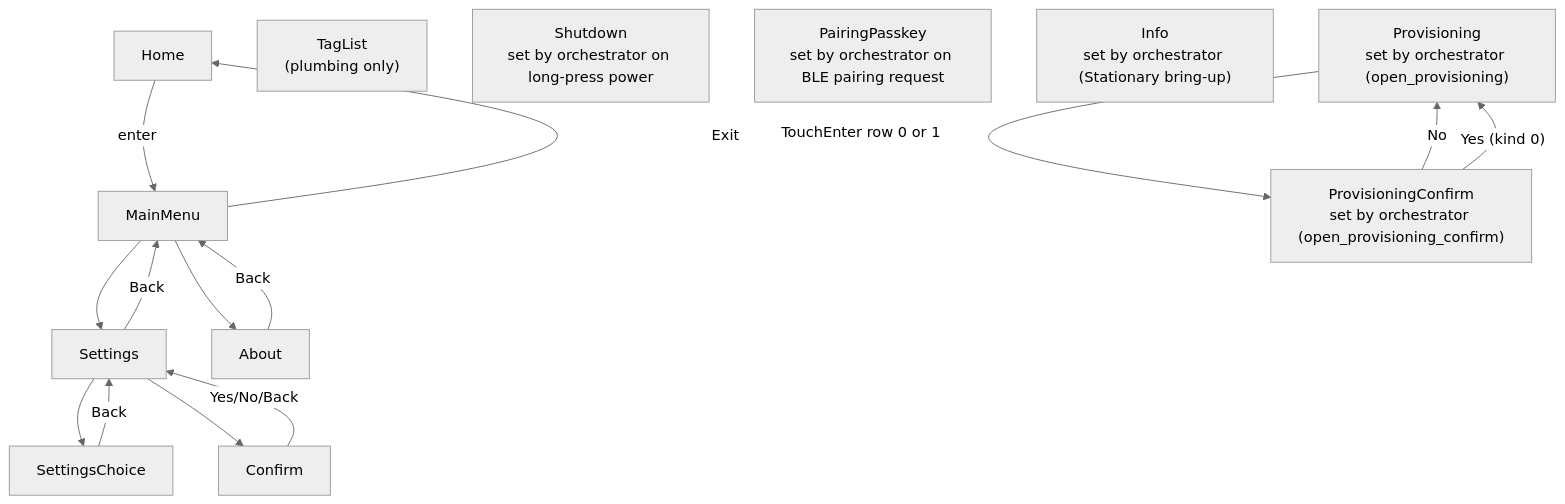
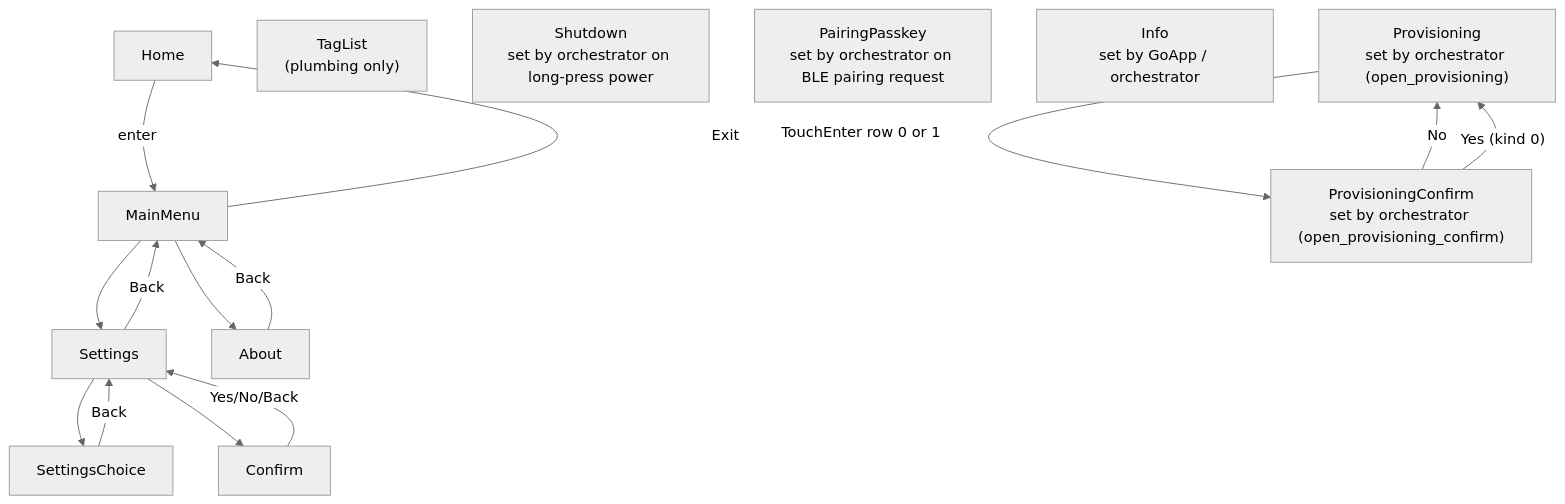
The diagram in products/go/docs/ui_manager.md (mattMRBH/firmware-core), drawn with Mermaid (neutral theme) before and after one commit. The commit also changed other lines of this file and 8 other files, not shown here.

````diff
--- a/products/go/docs/ui_manager.md
+++ b/products/go/docs/ui_manager.md
@@ -106,31 +106,31 @@
 ```mermaid
 flowchart TD
     Home["Home"]
     MainMenu["MainMenu"]
     Settings["Settings"]
     SettingsChoice["SettingsChoice"]
     Confirm["Confirm"]
     About["About"]
     TagList["TagList<br/>(plumbing only)"]
 
     Home -- enter --> MainMenu
     MainMenu -- Exit --> Home
     MainMenu --> Settings
     MainMenu --> About
     Settings --> SettingsChoice
     Settings --> Confirm
     Settings -- Back --> MainMenu
     SettingsChoice -- Back --> Settings
     Confirm -- Yes/No/Back --> Settings
     About -- Back --> MainMenu
 
     Shutdown["Shutdown<br/>set by orchestrator on long-press power"]
     PairingPasskey["PairingPasskey<br/>set by orchestrator on BLE pairing request"]
-    Info["Info<br/>set by orchestrator (Stationary bring-up)"]
+    Info["Info<br/>set by GoApp / orchestrator"]
     Provisioning["Provisioning<br/>set by orchestrator (open_provisioning)"]
     ProvisioningConfirm["ProvisioningConfirm<br/>set by orchestrator (open_provisioning_confirm)"]
 
     Provisioning -- TouchEnter row 0 or 1 --> ProvisioningConfirm
     ProvisioningConfirm -- No --> Provisioning
     ProvisioningConfirm -- Yes (kind 0) --> Provisioning
 ```
````
